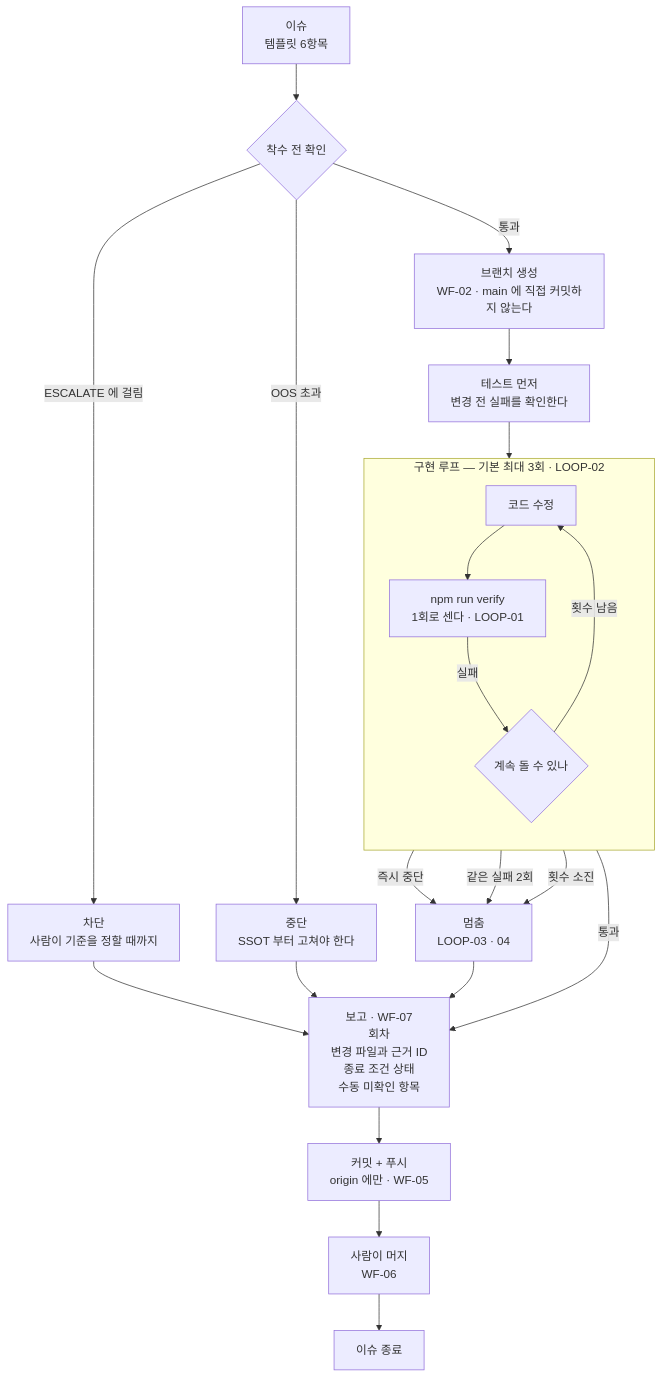
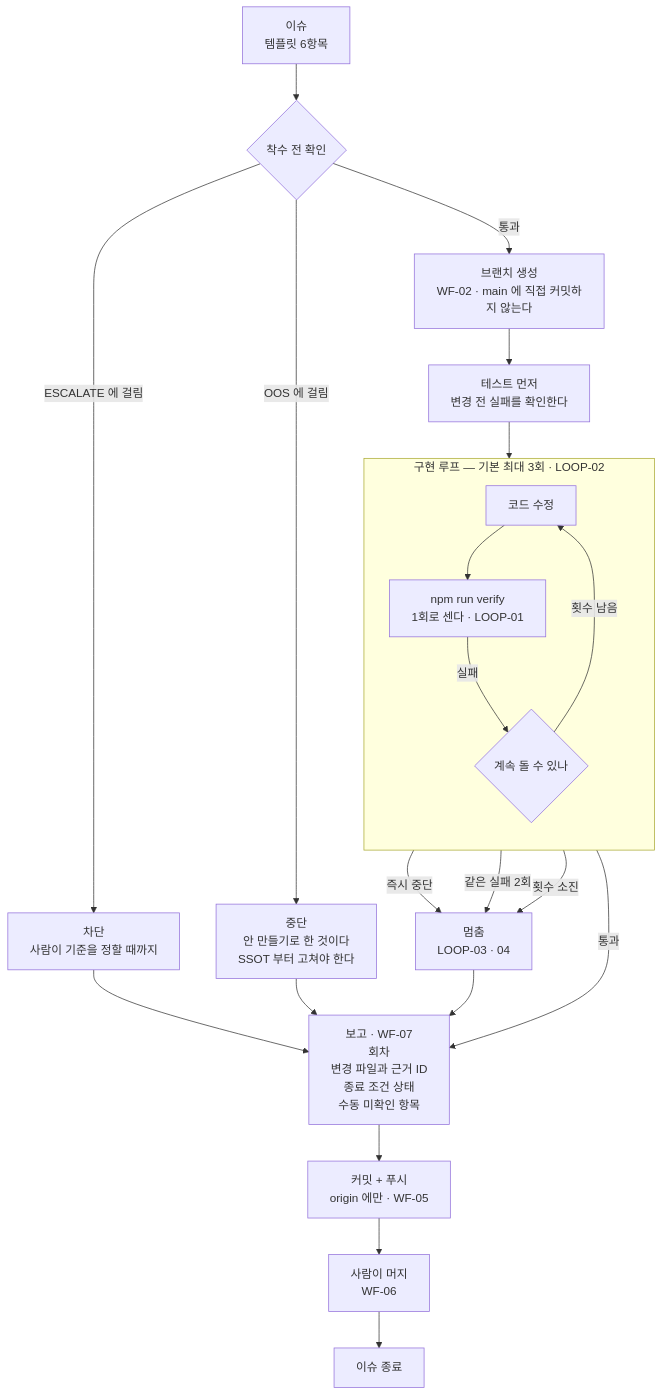
One commit to overpassion/inventory-poc changed the first of 4 diagrams in docs/harness/03-loop-diagram.md. Above: the diagram before and after it, drawn with Mermaid. The commit also changed 4 other files, not shown here.

````diff
--- a/docs/harness/03-loop-diagram.md
+++ b/docs/harness/03-loop-diagram.md
@@ -11,33 +11,33 @@
 ```mermaid
 flowchart TD
     ISSUE["이슈<br/>템플릿 6항목"] --> PRE{"착수 전 확인"}
 
     PRE -->|"ESCALATE 에 걸림"| BLOCK["차단<br/>사람이 기준을 정할 때까지"]
-    PRE -->|"OOS 초과"| BLOCK2["중단<br/>SSOT 부터 고쳐야 한다"]
+    PRE -->|"OOS 에 걸림"| BLOCK2["중단<br/>안 만들기로 한 것이다<br/>SSOT 부터 고쳐야 한다"]
     PRE -->|"통과"| BR["브랜치 생성<br/>WF-02 · main 에 직접 커밋하지 않는다"]
 
     BR --> TFIRST["테스트 먼저<br/>변경 전 실패를 확인한다"]
     TFIRST --> EDIT
 
     subgraph LOOP["구현 루프 — 기본 최대 3회 · LOOP-02"]
         direction TB
         EDIT["코드 수정"] --> VERIFY["npm run verify<br/>1회로 센다 · LOOP-01"]
         VERIFY -->|"실패"| CHECK{"계속 돌 수 있나"}
         CHECK -->|"횟수 남음"| EDIT
     end
 
     CHECK -->|"즉시 중단"| STOPPED["멈춤<br/>LOOP-03 · 04"]
     CHECK -->|"같은 실패 2회"| STOPPED
     CHECK -->|"횟수 소진"| STOPPED
 
     VERIFY -->|"통과"| REPORT
     STOPPED --> REPORT
 
     REPORT["보고 · WF-07<br/>회차<br/>변경 파일과 근거 ID<br/>종료 조건 상태<br/>수동 미확인 항목"]
     REPORT --> COMMIT["커밋 + 푸시<br/>origin 에만 · WF-05"]
     COMMIT --> HUMAN["사람이 머지<br/>WF-06"]
     HUMAN --> DONE["이슈 종료"]
 
     BLOCK --> REPORT
     BLOCK2 --> REPORT
 ```
````
